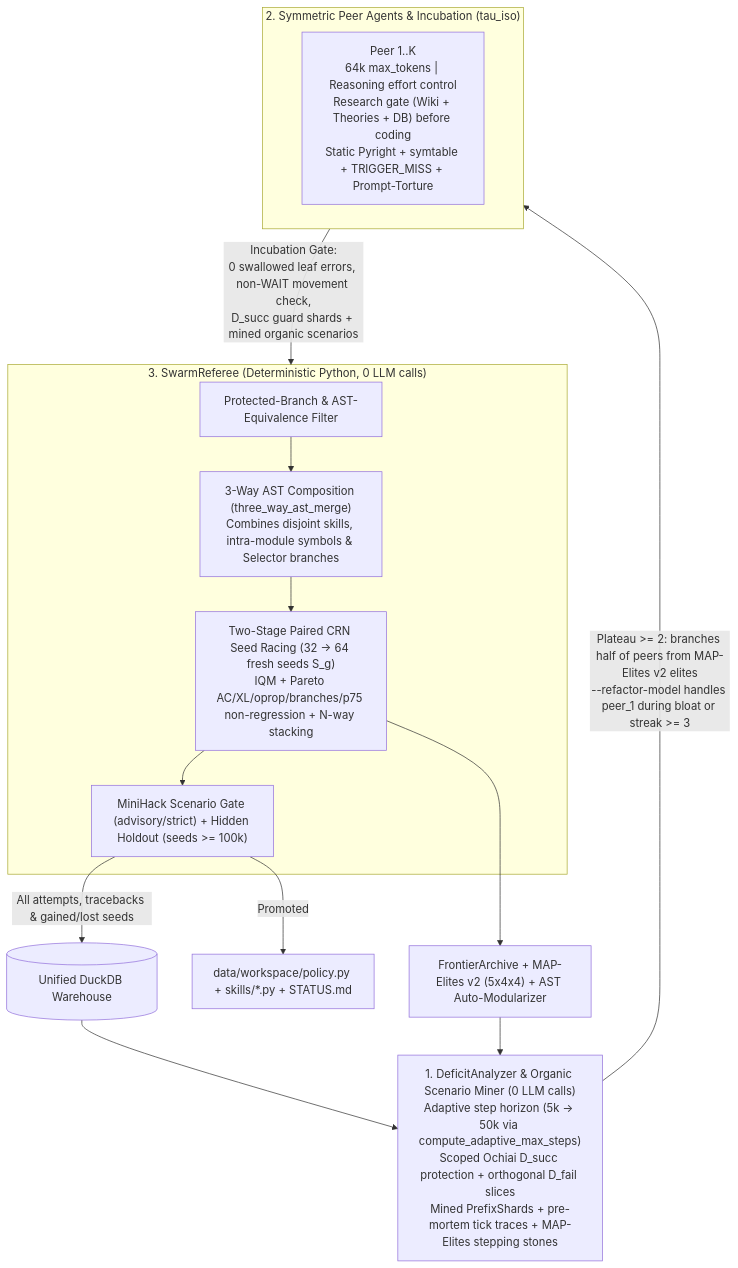
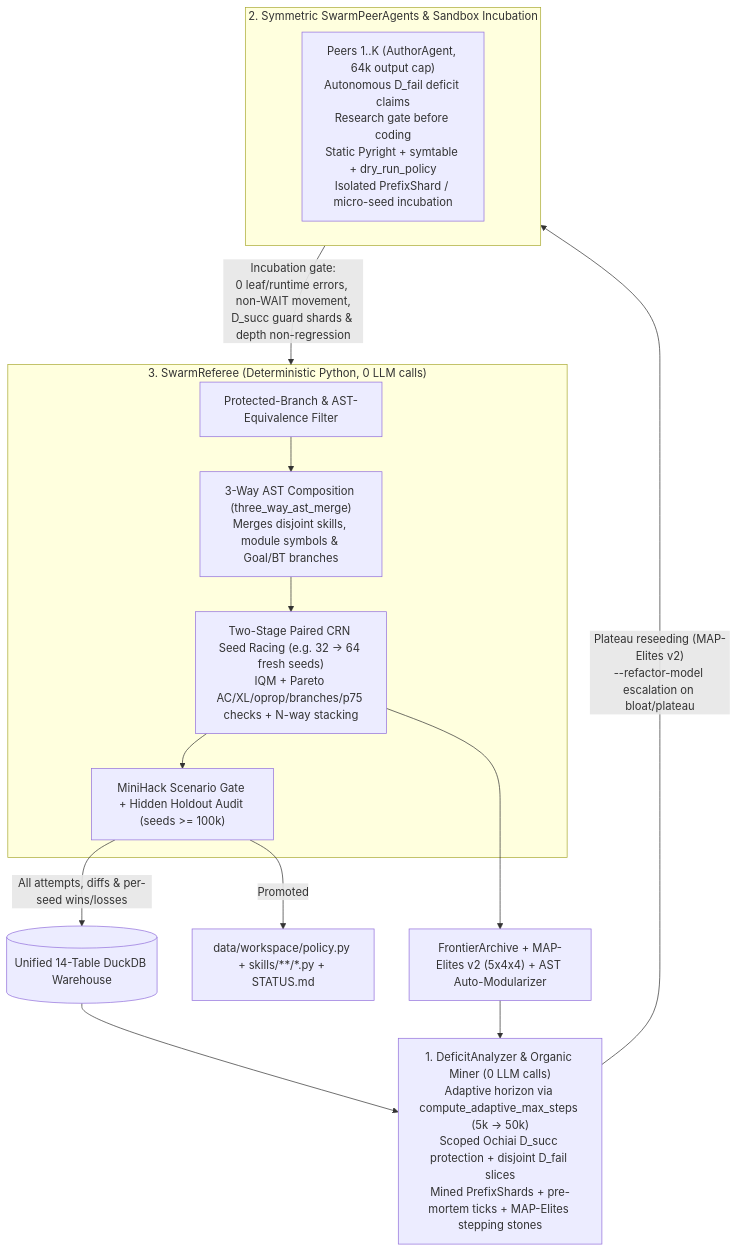
Before and after one commit to saejin-moon/lox: the diagram in README.md, drawn with Mermaid. The commit also changed other lines of this file and 7 other files, not shown here.

Commit message:
Remove function-blame splitting, fix CLIMBING peer floor, tighten Pareto gate, and rebuild README

````diff
--- a/README.md
+++ b/README.md
@@ -41,26 +44,26 @@
 ```mermaid
 flowchart TB
-    DB[(Unified DuckDB Warehouse)] --> DEF["1. DeficitAnalyzer & Organic Scenario Miner (0 LLM calls)\nAdaptive step horizon (5k -> 50k via compute_adaptive_max_steps)\nScoped Ochiai D_succ protection + orthogonal D_fail slices\nMined PrefixShards + pre-mortem tick traces + MAP-Elites stepping stones"]
+    DB[(Unified 14-Table DuckDB Warehouse)] --> DEF["1. DeficitAnalyzer & Organic Miner (0 LLM calls)\nAdaptive horizon via compute_adaptive_max_steps (5k -> 50k)\nScoped Ochiai D_succ protection + disjoint D_fail slices\nMined PrefixShards + pre-mortem ticks + MAP-Elites stepping stones"]
 
-    DEF -->|"Plateau >= 2: branches half of peers from MAP-Elites v2 elites\n--refactor-model handles peer_1 during bloat or streak >= 3"| PEERS
+    DEF -->|"Plateau reseeding (MAP-Elites v2)\n--refactor-model escalation on bloat/plateau"| PEERS
 
-    subgraph PEERS["2. Symmetric Peer Agents & Incubation (tau_iso)"]
+    subgraph PEERS["2. Symmetric SwarmPeerAgents & Sandbox Incubation"]
         direction LR
-        P1["Peer 1..K\n64k max_tokens | Reasoning effort control\nResearch gate (Wiki + Theories + DB) before coding\nStatic Pyright + symtable + TRIGGER_MISS + Prompt-Torture"]
+        P["Peers 1..K (AuthorAgent, 64k output cap)\nAutonomous D_fail deficit claims\nResearch gate before coding\nStatic Pyright + symtable + dry_run_policy\nIsolated PrefixShard / micro-seed incubation"]
     end
 
-    PEERS -->|"Incubation Gate:\n0 swallowed leaf errors, non-WAIT movement check,\nD_succ guard shards + mined organic scenarios"| REF
+    PEERS -->|"Incubation gate:\n0 leaf/runtime errors, non-WAIT movement,\nD_succ guard shards & depth non-regression"| REF
 
     subgraph REF["3. SwarmReferee (Deterministic Python, 0 LLM calls)"]
         FLT["Protected-Branch & AST-Equivalence Filter"]
-        ORTHO["3-Way AST Composition (three_way_ast_merge)\nCombines disjoint skills, intra-module symbols & Selector branches"]
-        RACE["Two-Stage Paired CRN Seed Racing (32 -> 64 fresh seeds S_g)\nIQM + Pareto AC/XL/oprop/branches/p75 non-regression + N-way stacking"]
-        GATE["MiniHack Scenario Gate (advisory/strict) + Hidden Holdout (seeds >= 100k)"]
+        ORTHO["3-Way AST Composition (three_way_ast_merge)\nMerges disjoint skills, module symbols & Goal/BT branches"]
+        RACE["Two-Stage Paired CRN Seed Racing (e.g. 32 -> 64 fresh seeds)\nIQM + Pareto AC/XL/oprop/branches/p75 checks + N-way stacking"]
+        GATE["MiniHack Scenario Gate + Hidden Holdout Audit (seeds >= 100k)"]
         FLT --> ORTHO --> RACE --> GATE
     end
 
-    GATE -->|"Promoted"| WS["data/workspace/policy.py + skills/*.py + STATUS.md"]
-    GATE -->|"All attempts, tracebacks & gained/lost seeds"| DB
+    GATE -->|"Promoted"| WS["data/workspace/policy.py + skills/**/*.py + STATUS.md"]
+    GATE -->|"All attempts, diffs & per-seed wins/losses"| DB
     RACE --> ARCH["FrontierArchive + MAP-Elites v2 (5x4x4) + AST Auto-Modularizer"]
     ARCH --> DEF
 ```
````
